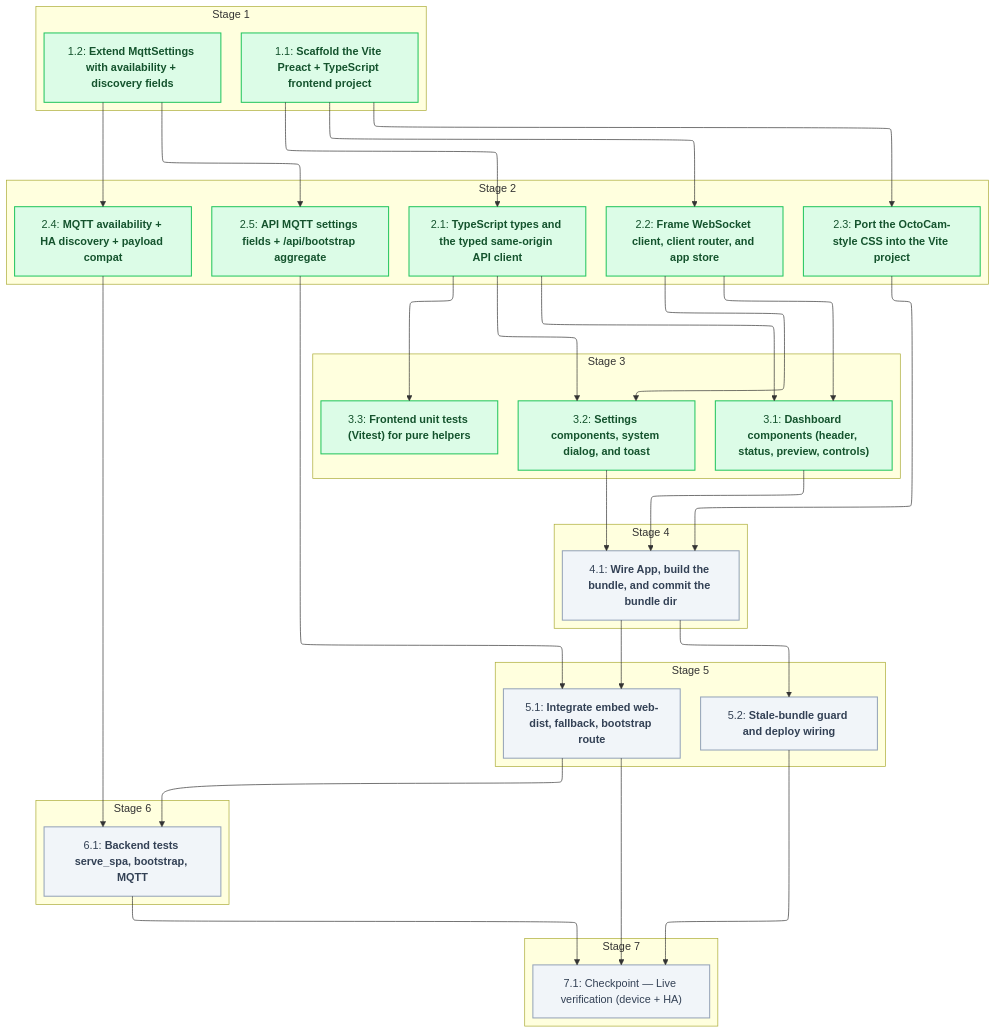
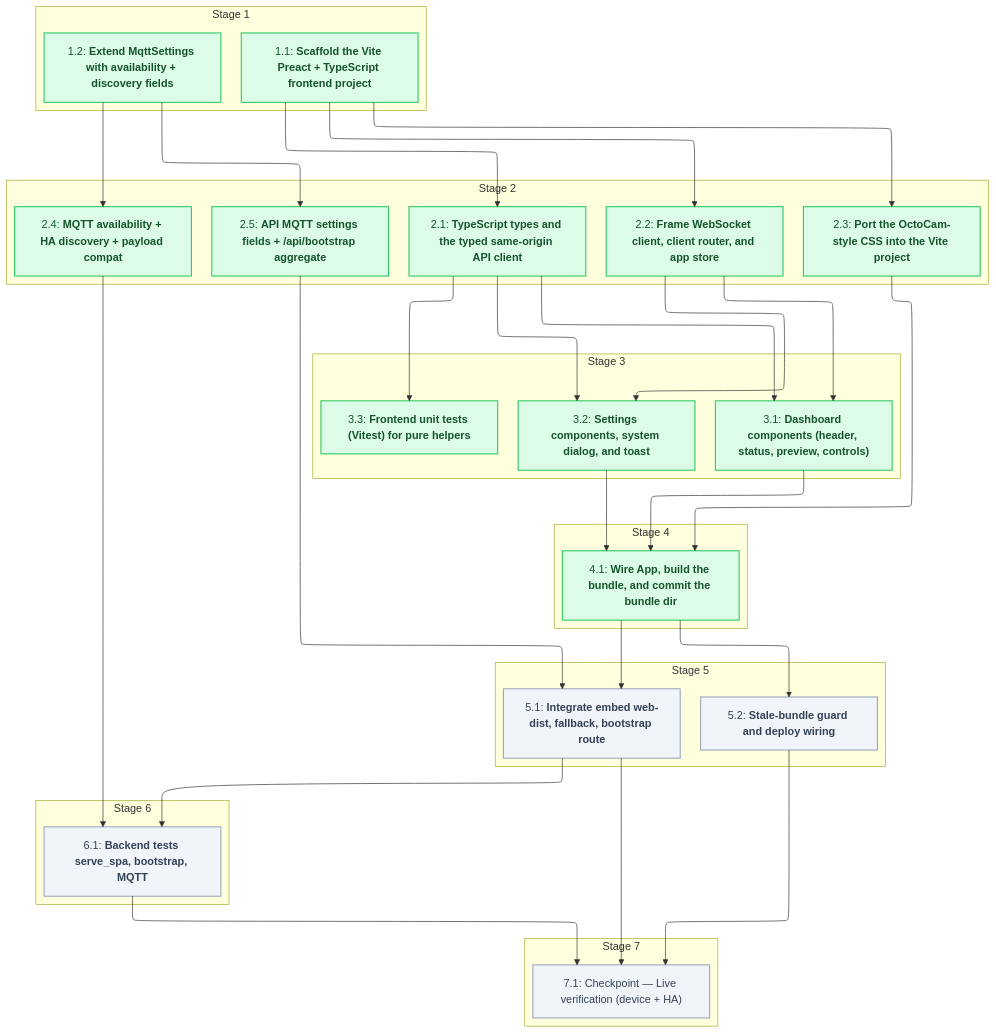
The diagram in .specs/preact-frontend/04_tasks.md (sohampatwardhan/MoodLightPi), drawn with Mermaid before and after one commit. The commit also changed other lines of this file and 8 other files, not shown here.

````diff
--- a/.specs/preact-frontend/04_tasks.md
+++ b/.specs/preact-frontend/04_tasks.md
@@ -9,71 +9,71 @@
 ```mermaid
 %%{init: {'flowchart': {'defaultRenderer': 'elk'}}}%%
 flowchart TD
   classDef done fill:#dcfce7,stroke:#22c55e,stroke-width:1.5px,color:#14532d
   classDef pending fill:#f1f5f9,stroke:#94a3b8,stroke-width:1.5px,color:#334155
   subgraph n_stage_1["Stage 1"]
     n_1_1@{ shape: rect, label: "1.1: **Scaffold the Vite Preact + TypeScript frontend project**" }
     n_1_2@{ shape: rect, label: "1.2: **Extend MqttSettings with availability + discovery fields**" }
   end
   subgraph n_stage_2["Stage 2"]
     n_2_1@{ shape: rect, label: "2.1: **TypeScript types and the typed same-origin API client**" }
     n_2_2@{ shape: rect, label: "2.2: **Frame WebSocket client, client router, and app store**" }
     n_2_3@{ shape: rect, label: "2.3: **Port the OctoCam-style CSS into the Vite project**" }
     n_2_4@{ shape: rect, label: "2.4: **MQTT availability + HA discovery + payload compat**" }
     n_2_5@{ shape: rect, label: "2.5: **API MQTT settings fields + /api/bootstrap aggregate**" }
   end
   subgraph n_stage_3["Stage 3"]
     n_3_1@{ shape: rect, label: "3.1: **Dashboard components (header, status, preview, controls)**" }
     n_3_2@{ shape: rect, label: "3.2: **Settings components, system dialog, and toast**" }
     n_3_3@{ shape: rect, label: "3.3: **Frontend unit tests (Vitest) for pure helpers**" }
   end
   subgraph n_stage_4["Stage 4"]
     n_4_1@{ shape: rect, label: "4.1: **Wire App, build the bundle, and commit the bundle dir**" }
   end
   subgraph n_stage_5["Stage 5"]
     n_5_1@{ shape: rect, label: "5.1: **Integrate embed web-dist, fallback, bootstrap route**" }
     n_5_2@{ shape: rect, label: "5.2: **Stale-bundle guard and deploy wiring**" }
   end
   subgraph n_stage_6["Stage 6"]
     n_6_1@{ shape: rect, label: "6.1: **Backend tests serve_spa, bootstrap, MQTT**" }
   end
   subgraph n_stage_7["Stage 7"]
     n_7_1@{ shape: rect, label: "7.1: Checkpoint — Live verification (device + HA)" }
   end
   n_1_1 --> n_2_1
   n_1_1 --> n_2_2
   n_1_1 --> n_2_3
   n_1_2 --> n_2_4
   n_1_2 --> n_2_5
   n_2_1 --> n_3_1
   n_2_2 --> n_3_1
   n_2_1 --> n_3_2
   n_2_2 --> n_3_2
   n_2_1 --> n_3_3
   n_2_3 --> n_4_1
   n_3_1 --> n_4_1
   n_3_2 --> n_4_1
   n_4_1 --> n_5_1
   n_2_5 --> n_5_1
   n_4_1 --> n_5_2
   n_2_4 --> n_6_1
   n_5_1 --> n_6_1
   n_5_1 --> n_7_1
   n_5_2 --> n_7_1
   n_6_1 --> n_7_1
   class n_1_1 done
   class n_1_2 done
   class n_2_1 done
   class n_2_2 done
   class n_2_3 done
   class n_2_4 done
   class n_2_5 done
   class n_3_1 done
   class n_3_2 done
   class n_3_3 done
-  class n_4_1 pending
+  class n_4_1 done
   class n_5_1 pending
   class n_5_2 pending
   class n_6_1 pending
   class n_7_1 pending
 ```
````
